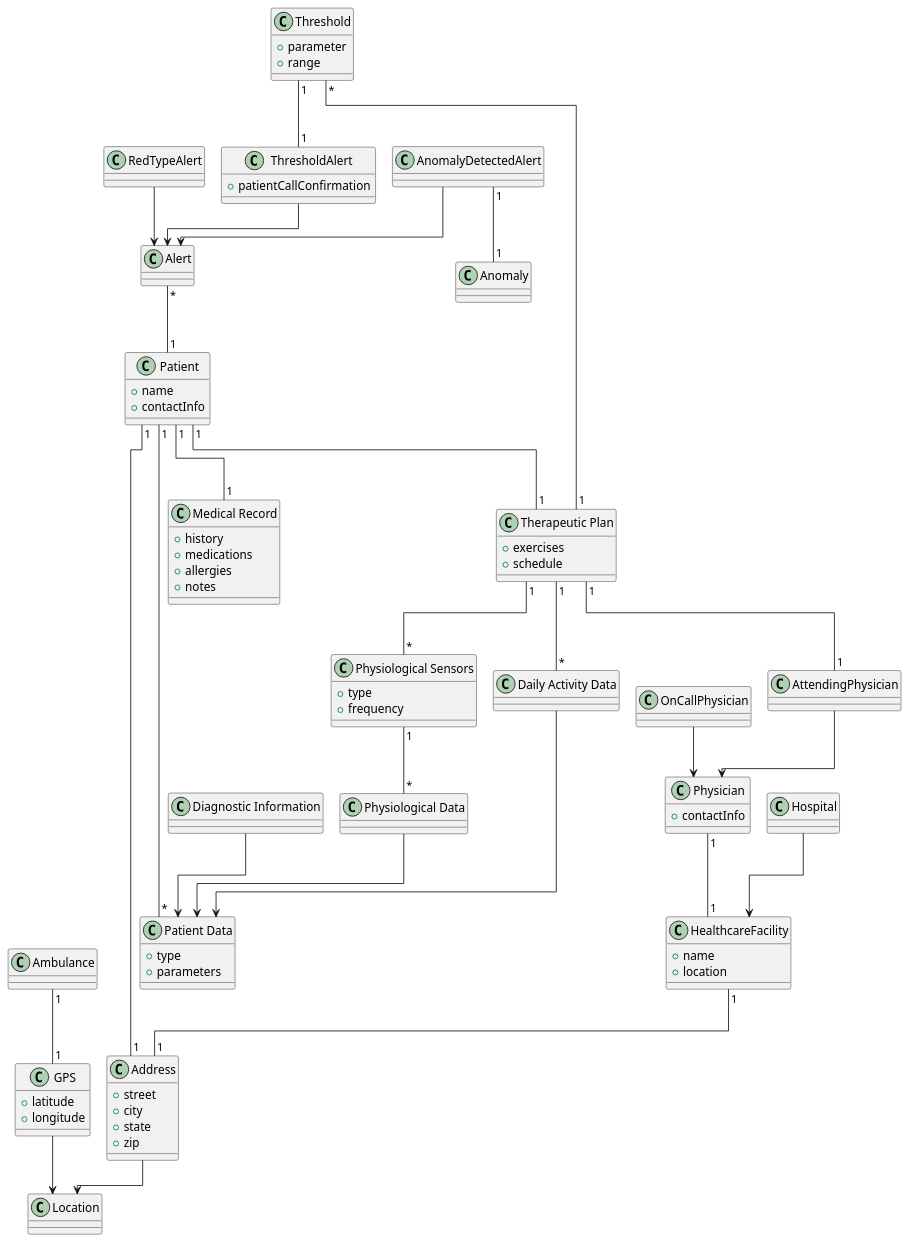
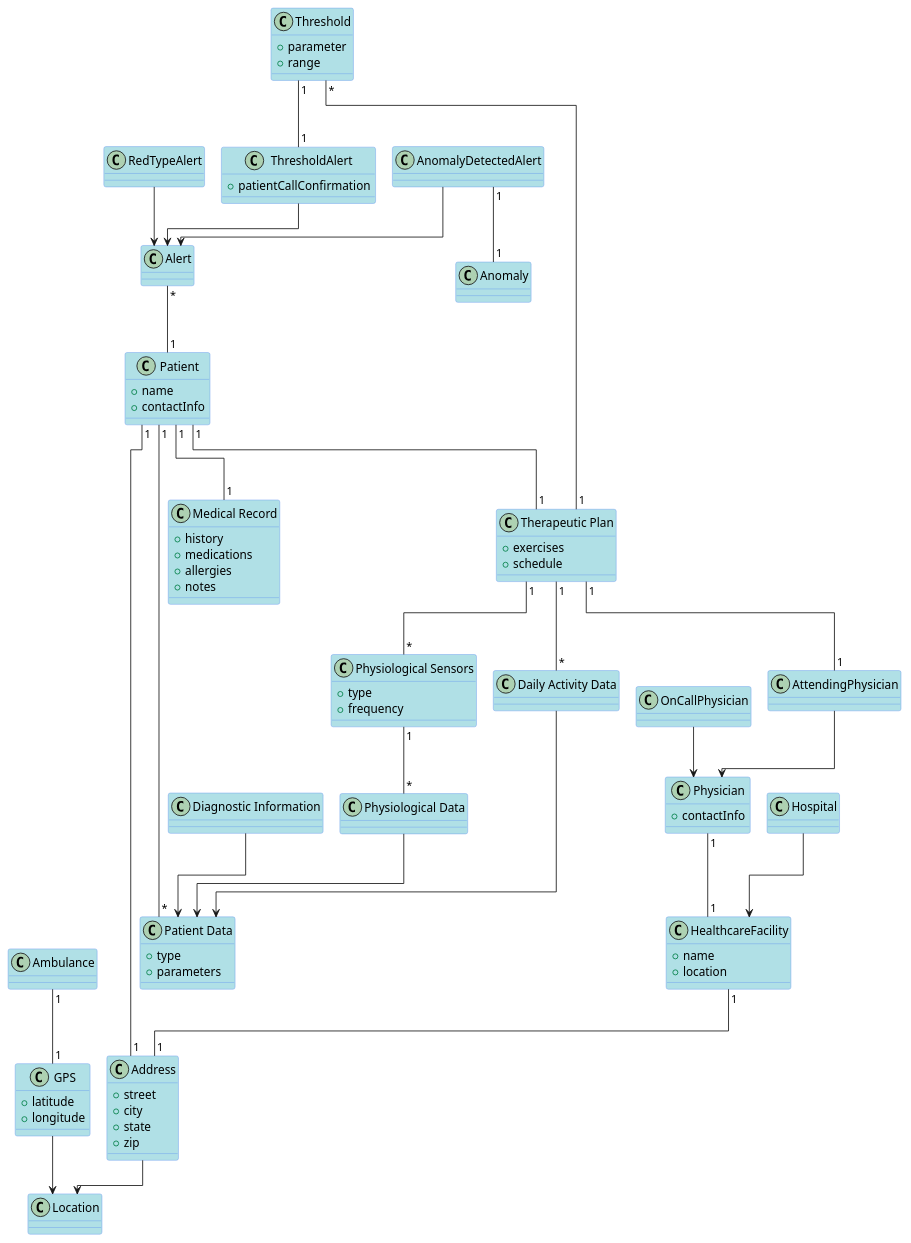
The diagram in diagrams/data_diagram.plantuml (koalas11/Software-Architecture-Project), drawn with PlantUML before and after one commit. The commit also changed 11 other files, not shown here.

```diff
--- a/diagrams/data_diagram.plantuml
+++ b/diagrams/data_diagram.plantuml
@@ -1,128 +1,132 @@
 @startuml data_diagram
-!pragma layout elk 
+
+skinparam ClassBorderColor CornflowerBlue
+skinparam ClassBackgroundColor PowderBlue
+
+!pragma layout elk
 ' Class diagram for the problem architecture (WHAT)
 
 class Patient {
   +name
   +contactInfo
 }
 
 class "Medical Record" as MedicalRecord {
   +history
   +medications
   +allergies
   +notes
 }
 
 class "Therapeutic Plan" as TherapeuticPlan {
   +exercises
   +schedule
 }
 
 class "Patient Data" as PatientData {
   +type
   +parameters
 }
 
 class "Diagnostic Information" as DiagnosticInformation {}
 
 class "Physiological Data" as PhysiologicalData {}
 
 class "Daily Activity Data" as DailyActivityData {}
 
 class Physician {
   +contactInfo
 }
 
 class AttendingPhysician {}
 
 class OnCallPhysician {}
 
 class HealthcareFacility {
   +name
   +location
 }
 
 class Hospital {}
 
 class Ambulance {}
 
 class Alert {}
 
 class RedTypeAlert {}
 
 class AnomalyDetectedAlert {}
 
 class ThresholdAlert {
   + patientCallConfirmation
 }
 
 RedTypeAlert --> Alert
 AnomalyDetectedAlert --> Alert
 ThresholdAlert --> Alert
 
 class Anomaly {}
 
 
 class Location {}
 
 class Address {
   +street
   +city
   +state
   +zip
 }
 
 class GPS {
   +latitude
   +longitude
 }
 
 class "Physiological Sensors" as PhysiologicalSensors {
   +type
   +frequency
 }
 
 class Threshold {
   +parameter
   +range
 }
 
 Threshold "*" -- "1" TherapeuticPlan
 TherapeuticPlan "1" -- "*" DailyActivityData
 TherapeuticPlan "1" -- "*" PhysiologicalSensors
 PhysiologicalSensors "1" -- "*" PhysiologicalData
 
 Address --> Location
 GPS --> Location
 
 HealthcareFacility "1" -- "1" Address
 Ambulance "1" -- "1" GPS
 Patient "1" -- "1" Address
 
 AnomalyDetectedAlert "1" -- "1" Anomaly
 
 ' Relationships
 Patient "1" -- "1" MedicalRecord
 Patient "1" -- "1" TherapeuticPlan
 Patient "1" -- "*" PatientData
 
 TherapeuticPlan "1" -- "1" AttendingPhysician
 
 Hospital --> HealthcareFacility
 
 Physician "1" -- "1" HealthcareFacility
 
 AttendingPhysician --> Physician
 OnCallPhysician --> Physician
 
 PhysiologicalData --> PatientData
 DailyActivityData --> PatientData
 DiagnosticInformation --> PatientData
 
 Alert "*" -- "1" Patient
 
 Threshold "1" -- "1" ThresholdAlert
 
 
 @enduml
```
